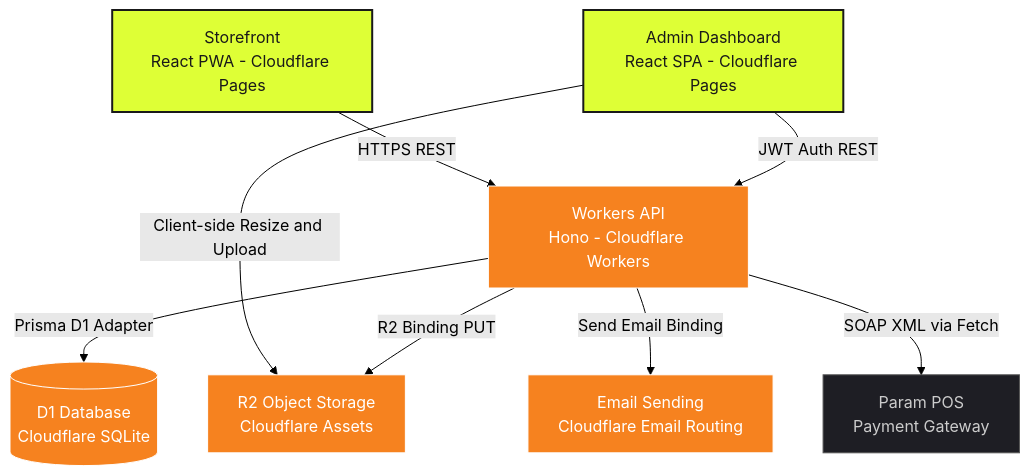
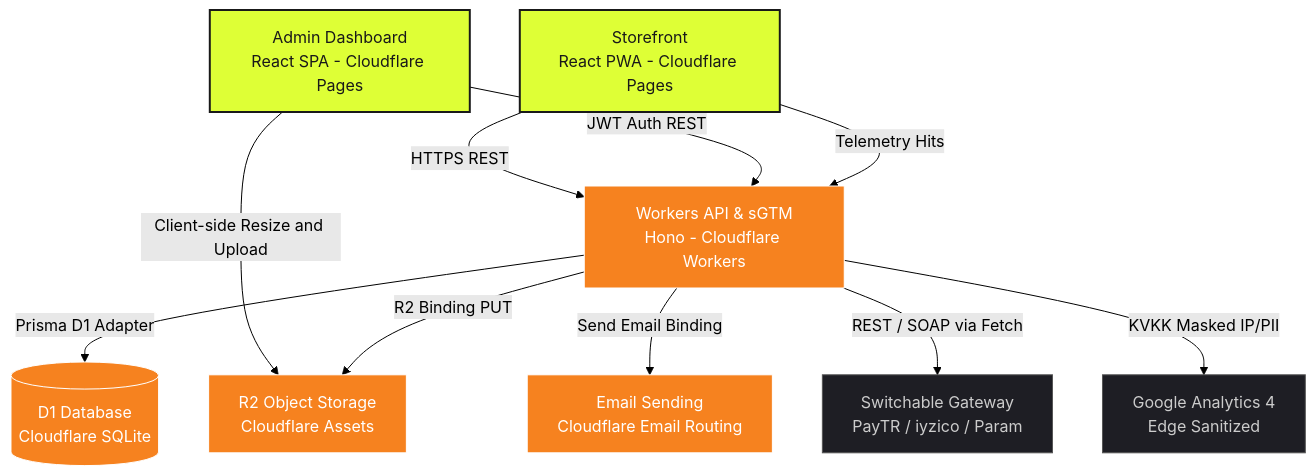
One commit to yusufarbc/e-commerce-cloudflare changed the diagram in README.md. Above: the diagram before and after it, drawn with Mermaid (forest theme). The commit also changed other lines of this file and 414 other files, not shown here.

````diff
--- a/README.md
+++ b/README.md
@@ -15,22 +15,25 @@
 ```mermaid
 graph TD
     classDef cfPages fill:#deff36,stroke:#191919,stroke-width:2px,color:#191919
     classDef cfWorkers fill:#f6821f,stroke:#fff,stroke-width:1px,color:#fff
     classDef external fill:#1e1e24,stroke:#555,stroke-width:1px,color:#ccc
 
     Storefront["Storefront\nReact PWA - Cloudflare Pages"]:::cfPages
     Admin["Admin Dashboard\nReact SPA - Cloudflare Pages"]:::cfPages
-    API["Workers API\nHono - Cloudflare Workers"]:::cfWorkers
+    API["Workers API & sGTM\nHono - Cloudflare Workers"]:::cfWorkers
     D1[("D1 Database\nCloudflare SQLite")]:::cfWorkers
     R2["R2 Object Storage\nCloudflare Assets"]:::cfWorkers
     Email["Email Sending\nCloudflare Email Routing"]:::cfWorkers
-    Param["Param POS\nPayment Gateway"]:::external
+    Gateways["Switchable Gateway\nPayTR / iyzico / Param"]:::external
+    GA4["Google Analytics 4\nEdge Sanitized"]:::external
 
     Storefront -->|HTTPS REST| API
     Admin -->|JWT Auth REST| API
     Admin -->|Client-side Resize and Upload| R2
     API -->|Prisma D1 Adapter| D1
     API -->|R2 Binding PUT| R2
     API -->|Send Email Binding| Email
-    API -->|SOAP XML via Fetch| Param
+    API -->|REST / SOAP via Fetch| Gateways
+    Storefront -->|Telemetry Hits| API
+    API -->|KVKK Masked IP/PII| GA4
 ```
````
